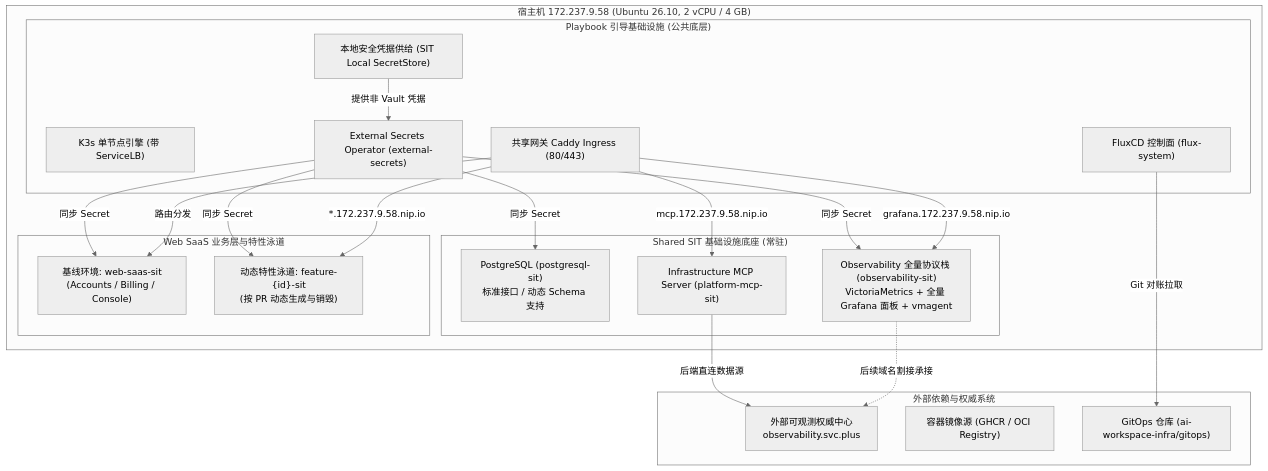
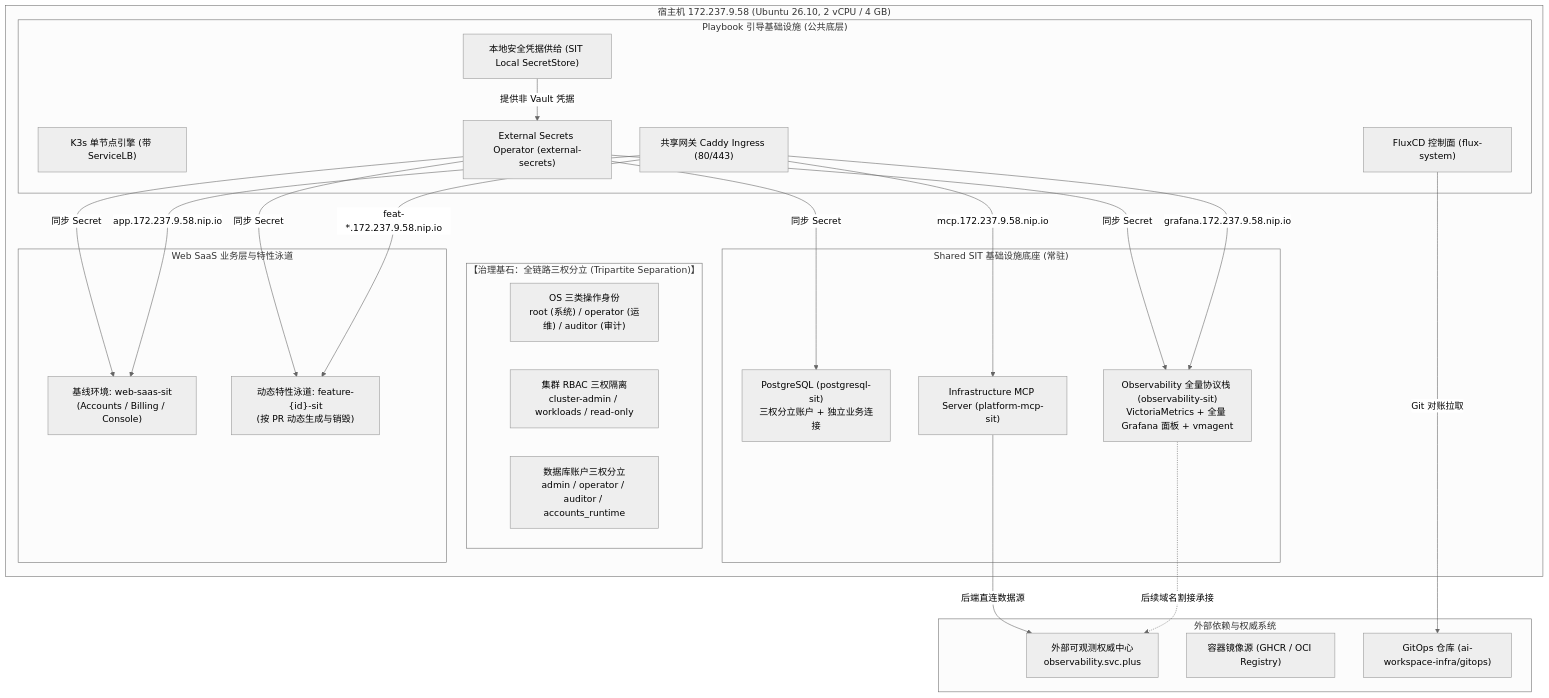
One commit to ai-workspace-services/knowledge changed the first of 2 diagrams in docs/reference/platform-delivery/SIT-K3S-V6-模块化交付与特性泳道规划.md. Above: the diagram before and after it, drawn with Mermaid (neutral theme). The commit also changed other lines of this file, not shown here.

Commit message:
docs(platform-delivery): update SIT plan with helm releases, domains, kv paths, and tripartite separation

````diff
--- a/docs/reference/platform-delivery/SIT-K3S-V6-模块化交付与特性泳道规划.md
+++ b/docs/reference/platform-delivery/SIT-K3S-V6-模块化交付与特性泳道规划.md
@@ -12,43 +12,49 @@
 ```mermaid
 flowchart TB
     subgraph Host["宿主机 172.237.9.58 (Ubuntu 26.10, 2 vCPU / 4 GB)"]
+        subgraph TripartiteSec["【治理基石：全链路三权分立 (Tripartite Separation)】"]
+            OS_ID["OS 三类操作身份<br/>root (系统) / operator (运维) / auditor (审计)"]
+            K8S_RBAC["集群 RBAC 三权隔离<br/>cluster-admin / workloads / read-only"]
+            DB_ROLES["数据库账户三权分立<br/>admin / operator / auditor / accounts_runtime"]
+        end
+
         subgraph InfraBootstrap["Playbook 引导基础设施 (公共底层)"]
             K3S["K3s 单节点引擎 (带 ServiceLB)"]
             FLUX["FluxCD 控制面 (flux-system)"]
             ESO["External Secrets Operator (external-secrets)"]
             INGRESS["共享网关 Caddy Ingress (80/443)"]
             LOCALSEC["本地安全凭据供给 (SIT Local SecretStore)"]
         end
 
         subgraph SharedSIT["Shared SIT 基础设施底座 (常驻)"]
-            PG["PostgreSQL (postgresql-sit)<br/>标准接口 / 动态 Schema 支持"]
+            PG["PostgreSQL (postgresql-sit)<br/>三权分立账户 + 独立业务连接"]
             OBS["Observability 全量协议栈 (observability-sit)<br/>VictoriaMetrics + 全量 Grafana 面板 + vmagent"]
             MCP["Infrastructure MCP Server (platform-mcp-sit)"]
         end
 
         subgraph WebSaaSPlatform["Web SaaS 业务层与特性泳道"]
             BASE["基线环境: web-saas-sit<br/>(Accounts / Billing / Console)"]
             LANE["动态特性泳道: feature-{id}-sit<br/>(按 PR 动态生成与销毁)"]
         end
     end
 
     subgraph ExternalServices["外部依赖与权威系统"]
         EXT_OBS["外部可观测权威中心<br/>observability.svc.plus"]
         EXT_REG["容器镜像源 (GHCR / OCI Registry)"]
         GITOPS_REPO["GitOps 仓库 (ai-workspace-infra/gitops)"]
     end
 
     %% 连接关系
     FLUX -->|Git 对账拉取| GITOPS_REPO
     MCP -->|后端直连数据源| EXT_OBS
     OBS -.->|后续域名割接承接| EXT_OBS
     LOCALSEC -->|提供非 Vault 凭据| ESO
     ESO -->|同步 Secret| PG
     ESO -->|同步 Secret| OBS
     ESO -->|同步 Secret| BASE
     ESO -->|同步 Secret| LANE
-    INGRESS -->|路由分发| BASE
-    INGRESS -->|*.172.237.9.58.nip.io| LANE
+    INGRESS -->|app.172.237.9.58.nip.io| BASE
+    INGRESS -->|feat-*.172.237.9.58.nip.io| LANE
     INGRESS -->|grafana.172.237.9.58.nip.io| OBS
     INGRESS -->|mcp.172.237.9.58.nip.io| MCP
 ```
````
